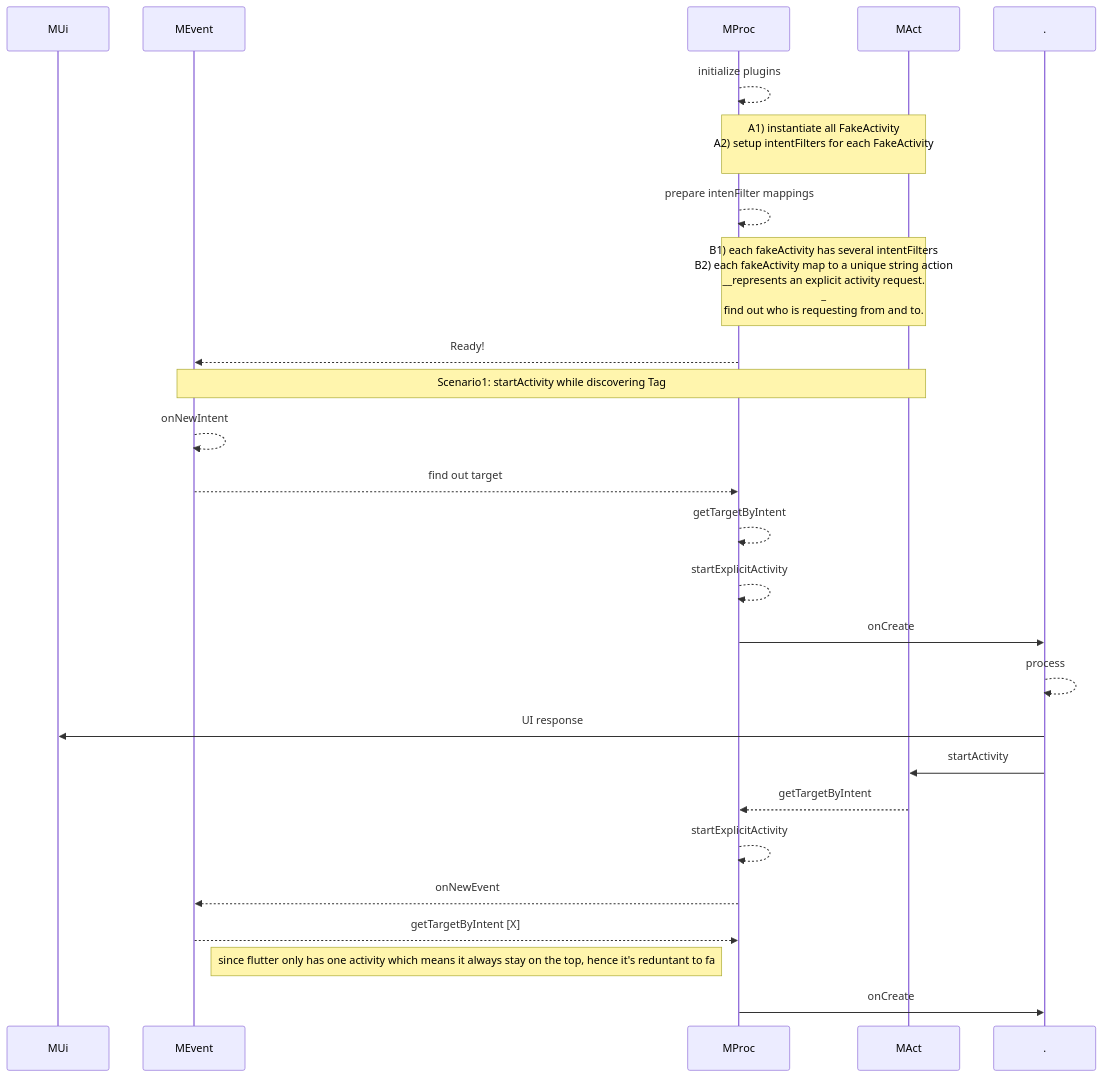
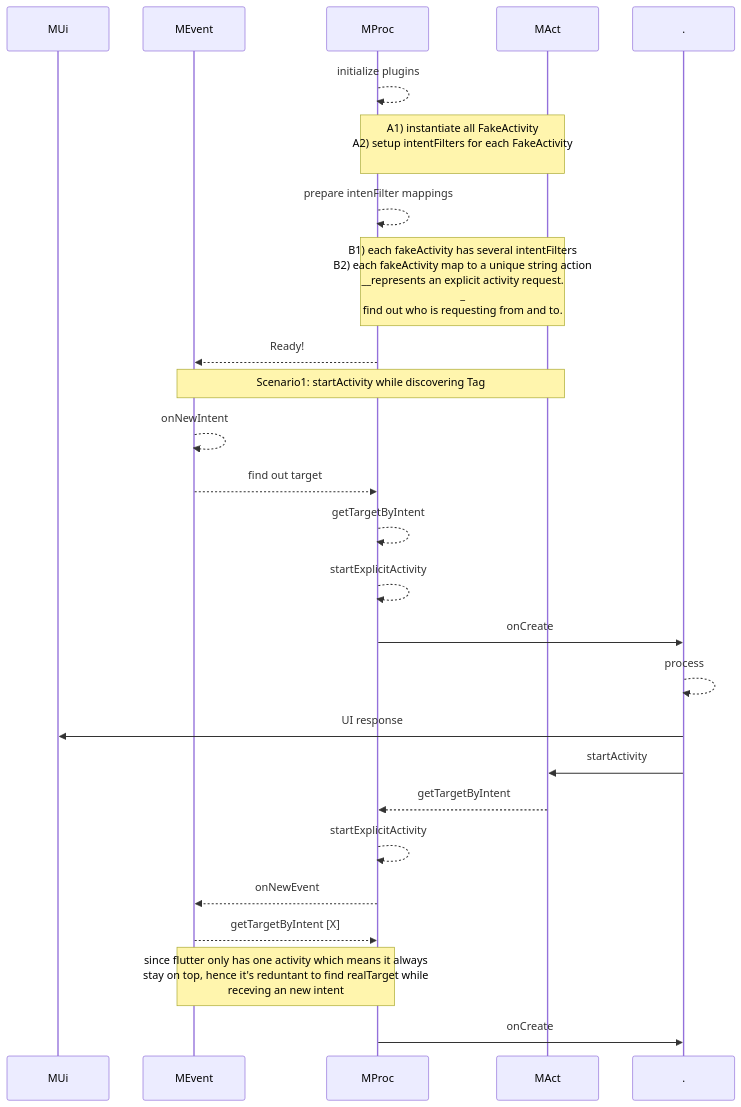
The third of 6 diagrams in flutter/android_to_flutter.md (gordianknotC/nxp_note), drawn with Mermaid before and after one commit. The commit also changed other lines of this file, not shown here.

Commit message:
flutter/android_to_flutter.md updated from https://stackedit.io/

````diff
--- a/flutter/android_to_flutter.md
+++ b/flutter/android_to_flutter.md
@@ -50,33 +50,34 @@
 ```mermaid
 sequenceDiagram
 participant MUi
 participant MEvent
 participant MProc
 participant MAct
 participant .
 
 MProc-->>MProc: initialize plugins
 Note over MProc,MAct: A1) instantiate all FakeActivity<br>A2) setup intentFilters for each FakeActivity<br>
 
 MProc-->>MProc: prepare intenFilter mappings
 Note over MProc, MAct: B1) each fakeActivity has several intentFilters<br>B2) each fakeActivity map to a unique string action<br>__represents an explicit activity request.<br>_<br> find out who is requesting from and to.
 
 MProc-->>MEvent: Ready!
 
 Note over MEvent, MAct: Scenario1: startActivity while discovering Tag
 MEvent-->>MEvent: onNewIntent
 MEvent-->>MProc: find out target
 MProc-->>MProc: getTargetByIntent
 MProc-->>MProc: startExplicitActivity
 MProc->> . : onCreate
 . -->> . : process
 . ->> MUi: UI response
 . ->> MAct: startActivity
 MAct -->> MProc: getTargetByIntent
 MProc -->> MProc: startExplicitActivity
 MProc -->> MEvent: onNewEvent
 MEvent -->> MProc: getTargetByIntent [X]
-Note right of MEvent: since flutter only has one activity which means it always stay on the top, hence it's reduntant to fa
+
+Note over MEvent, MProc: since flutter only has one activity which means it always<br> stay on top, hence it's reduntant to find realTarget while <br>receving an new intent
 MProc ->> . : onCreate
 
 ```
````
